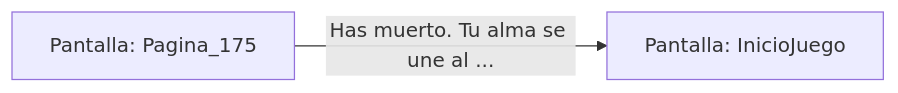
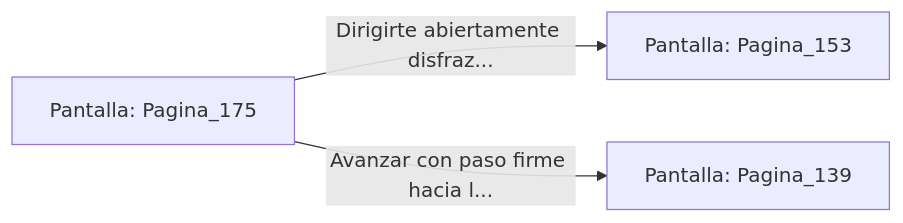
Before and after one commit to metsuke/mpl: the diagram in sample/eligejuego-vault/Pantalla_Pagina_175.md, drawn with Mermaid. The commit also changed other lines of this file and 635 other files, not shown here.

First line of the commit message:
fix: añadir Pagina_1 como pantalla inicial en capitulo_01.mpl

````diff
--- a/sample/eligejuego-vault/Pantalla_Pagina_175.md
+++ b/sample/eligejuego-vault/Pantalla_Pagina_175.md
@@ -17,5 +24,6 @@
 ```mermaid
 graph LR
     P_Pagina_175["Pantalla: Pagina_175"]
-    P_Pagina_175 -->|"Has muerto. Tu alma se une al ..."| P_InicioJuego["Pantalla: InicioJuego"]
+    P_Pagina_175 -->|"Dirigirte abiertamente disfraz..."| P_Pagina_153["Pantalla: Pagina_153"]
+    P_Pagina_175 -->|"Avanzar con paso firme hacia l..."| P_Pagina_139["Pantalla: Pagina_139"]
 ```
````
